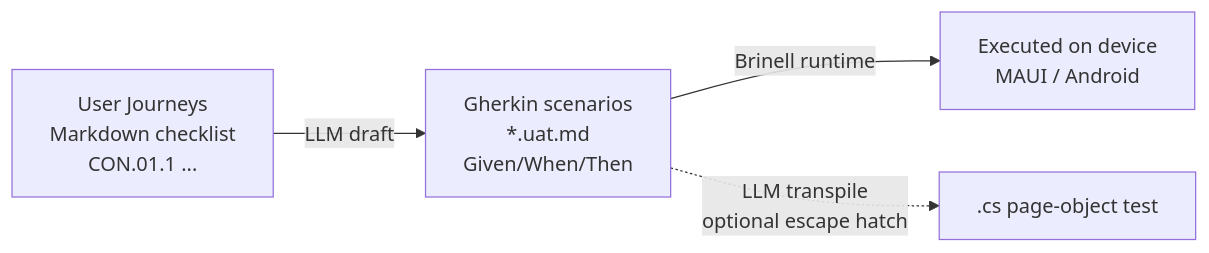
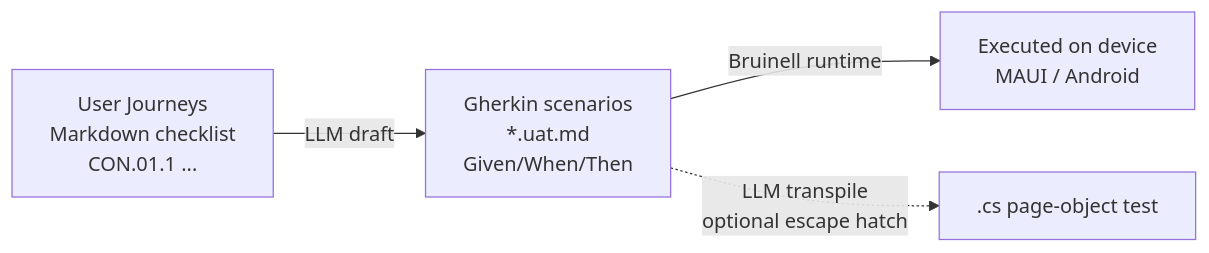
Before and after one commit to jonkeda/Brinell: the first of 2 diagrams in .my/uat/rethinking-uat.md, drawn with Mermaid. The commit also changed other lines of this file and 4800 other files, not shown here.

Commit message:
Brinell is now Bruinell: every project, folder, file, namespace, command, MCP server and variable (Brinell, brinell, BRINELL to Bruinell, bruinell, BRUINELL); the jonkeda mirror is jonkeda/bruinell

````diff
--- a/.my/uat/rethinking-uat.md
+++ b/.my/uat/rethinking-uat.md
@@ -24,6 +24,6 @@
 ```mermaid
 flowchart LR
     UJ[User Journeys\nMarkdown checklist\nCON.01.1 ...] -->|LLM draft| GK[Gherkin scenarios\n*.uat.md\nGiven/When/Then]
-    GK -->|Brinell runtime| RUN[Executed on device\nMAUI / Android]
+    GK -->|Bruinell runtime| RUN[Executed on device\nMAUI / Android]
     GK -.->|LLM transpile\noptional escape hatch| CS[.cs page-object test]
 ```
````
